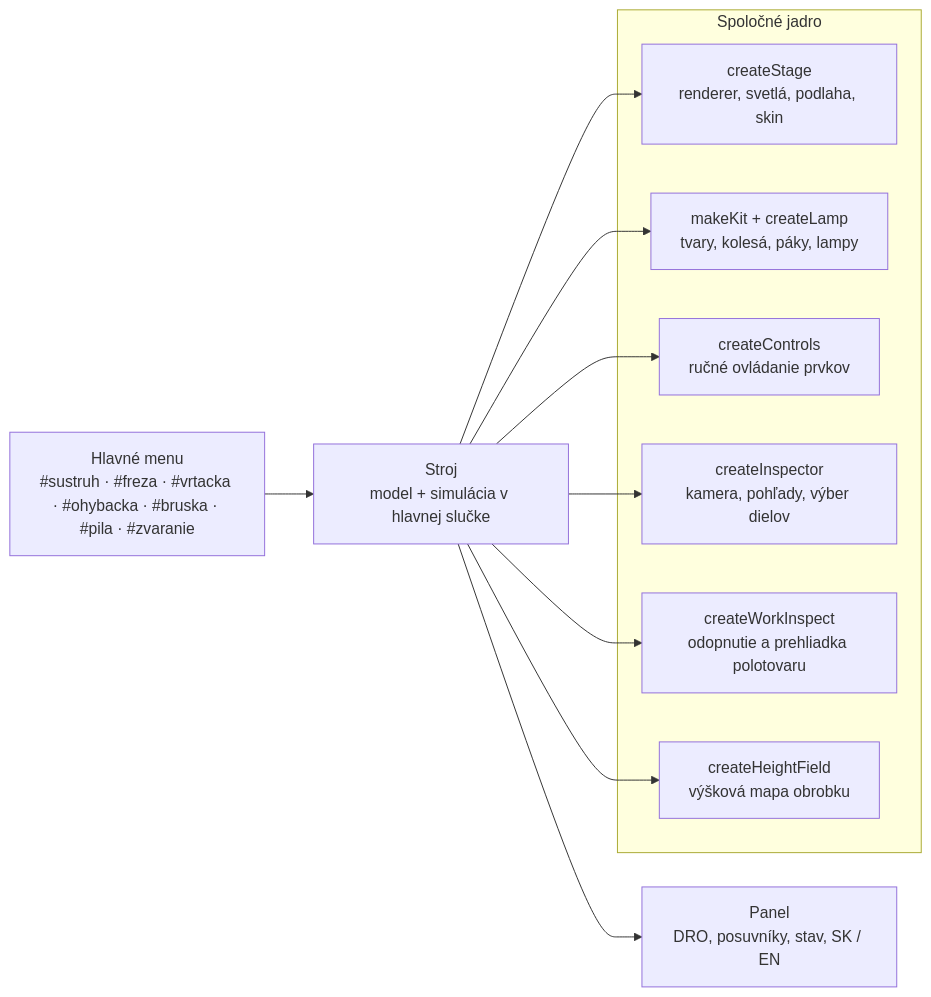
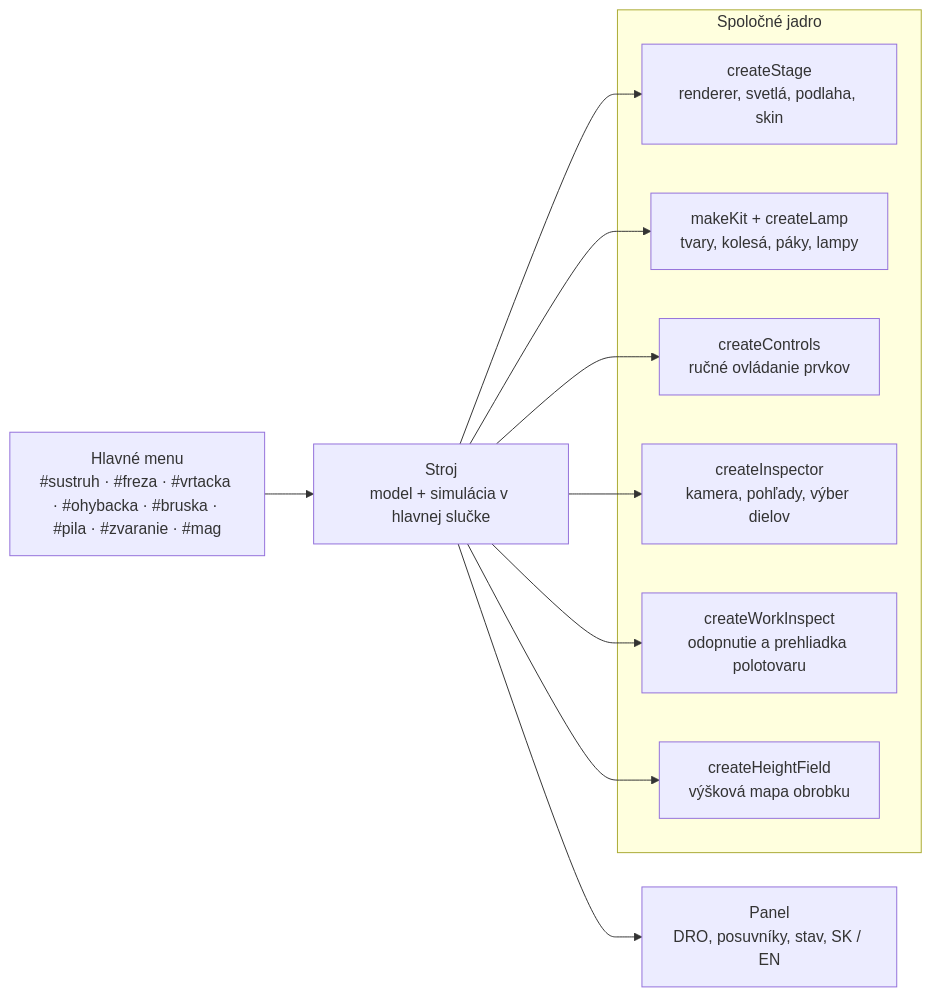
The diagram in README.md (bucala/Real-machine-tools), drawn with Mermaid before and after one commit. The commit also changed other lines of this file and 38 other files, not shown here.

````diff
--- a/README.md
+++ b/README.md
@@ -140,14 +159,14 @@
 ```mermaid
 flowchart LR
-  menu["Hlavné menu<br/>#sustruh · #freza · #vrtacka · #ohybacka · #bruska · #pila · #zvaranie"] --> machine
+  menu["Hlavné menu<br/>#sustruh · #freza · #vrtacka · #ohybacka · #bruska · #pila · #zvaranie · #mag"] --> machine
   subgraph core["Spoločné jadro"]
     stage["createStage<br/>renderer, svetlá, podlaha, skin"]
     kit["makeKit + createLamp<br/>tvary, kolesá, páky, lampy"]
     ctrl["createControls<br/>ručné ovládanie prvkov"]
     insp["createInspector<br/>kamera, pohľady, výber dielov"]
     wi["createWorkInspect<br/>odopnutie a prehliadka polotovaru"]
     hf["createHeightField<br/>výšková mapa obrobku"]
   end
   machine["Stroj<br/>model + simulácia v hlavnej slučke"] --> stage & kit & ctrl & insp & wi & hf
   machine --> panel["Panel<br/>DRO, posuvníky, stav, SK / EN"]
 ```
````
